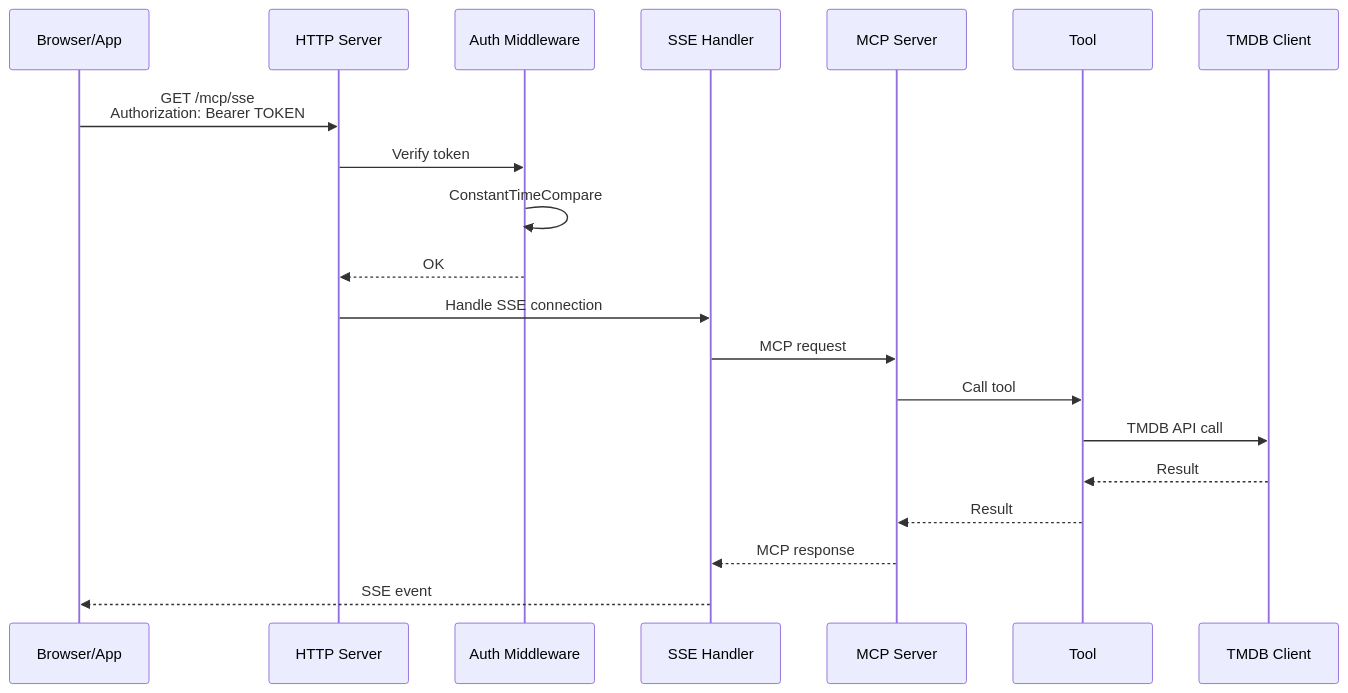
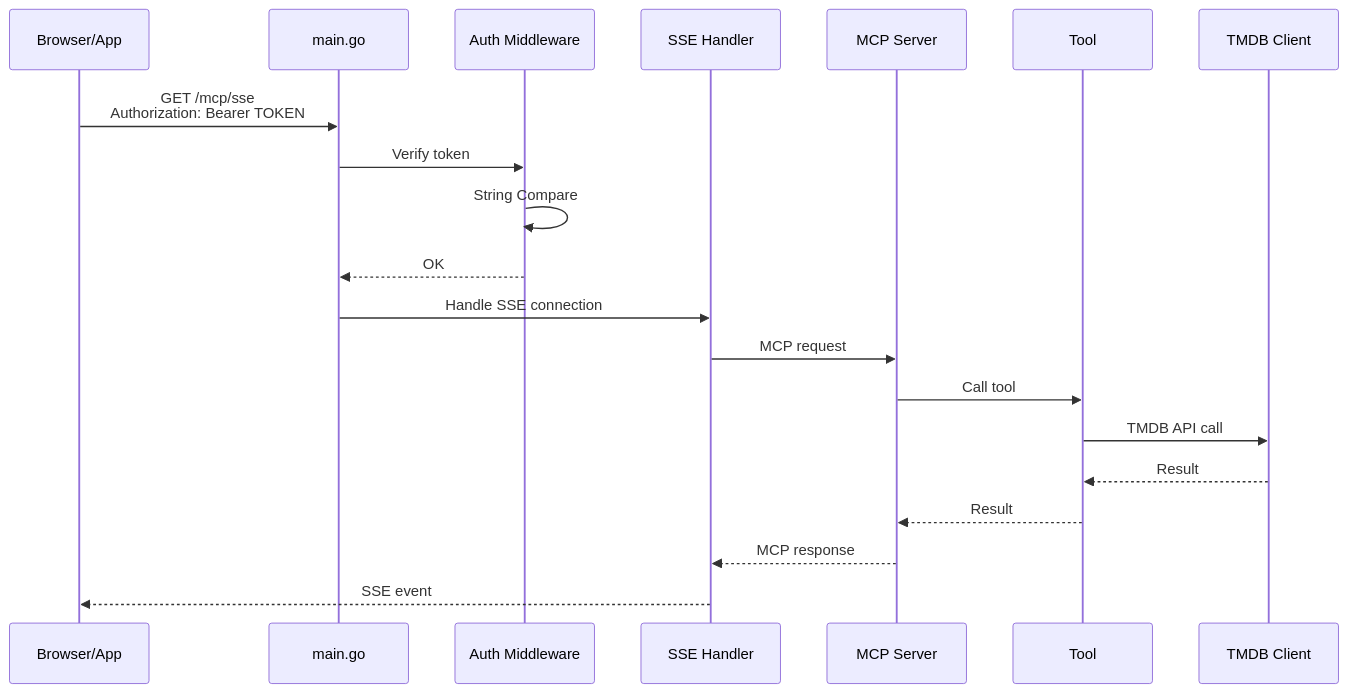
Before and after one commit to XDwanj/tmdb-mcp: the fourth of 4 diagrams in docs/architecture.md, drawn with Mermaid. The commit also changed other lines of this file and 14 other files, not shown here.

First line of the commit message:
[cho] 移除 both 模式支持，简化 HTTP Server 实现为标准库直接调用

````diff
--- a/docs/architecture.md
+++ b/docs/architecture.md
@@ -1124,23 +1120,23 @@
 ```mermaid
 sequenceDiagram
     participant Browser as Browser/App
-    participant HTTP as HTTP Server
+    participant Main as main.go
     participant Auth as Auth Middleware
     participant SSE as SSE Handler
     participant MCP as MCP Server
     participant Tool as Tool
     participant Client as TMDB Client
 
-    Browser->>HTTP: GET /mcp/sse<br/>Authorization: Bearer TOKEN
-    HTTP->>Auth: Verify token
-    Auth->>Auth: ConstantTimeCompare
-    Auth-->>HTTP: OK
-    HTTP->>SSE: Handle SSE connection
+    Browser->>Main: GET /mcp/sse<br/>Authorization: Bearer TOKEN
+    Main->>Auth: Verify token
+    Auth->>Auth: String Compare
+    Auth-->>Main: OK
+    Main->>SSE: Handle SSE connection
     SSE->>MCP: MCP request
     MCP->>Tool: Call tool
     Tool->>Client: TMDB API call
     Client-->>Tool: Result
     Tool-->>MCP: Result
     MCP-->>SSE: MCP response
     SSE-->>Browser: SSE event
 ```
````
